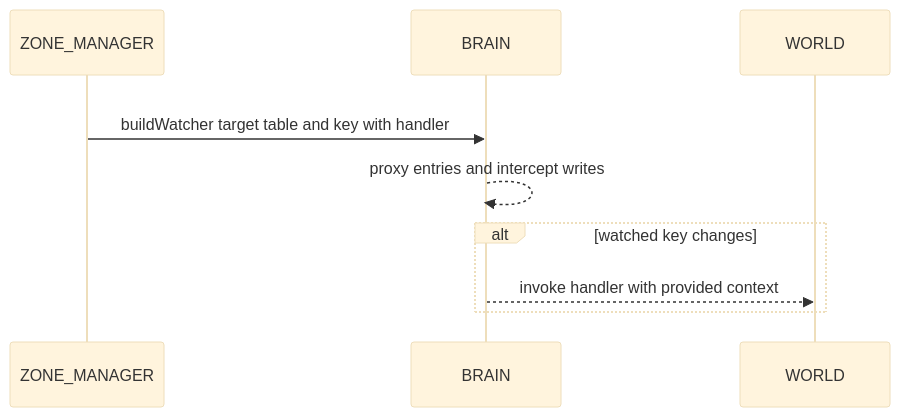
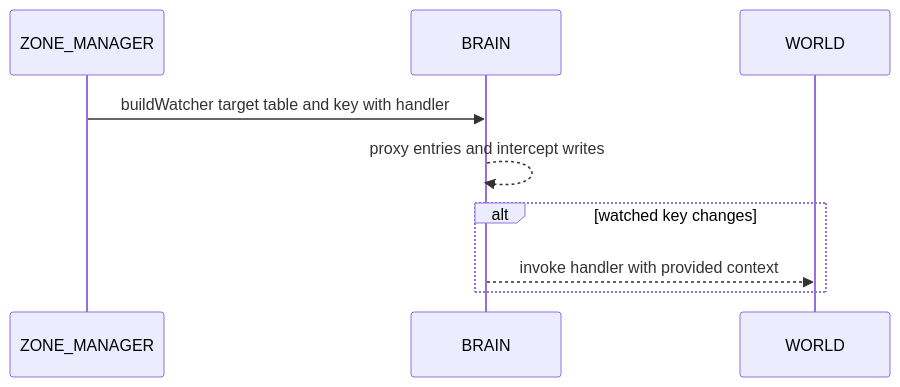
One commit to Gh0st352/AETHR changed the second of 2 diagrams in docs/brain/watchers.md. Above: the diagram before and after it, drawn with Mermaid. The commit also changed other lines of this file and 5 other files, not shown here.

First line of the commit message:
docs(mermaid): standardize diagram labels and headers

````diff
--- a/docs/brain/watchers.md
+++ b/docs/brain/watchers.md
@@ -38,15 +37,13 @@
 ```mermaid
-%%{init: {"theme":"base"}}%%
+%% shared theme: docs/_mermaid/theme.json %%
 sequenceDiagram
-  %% Background rect improves readability on dark docs
-  rect rgba(255,255,255,0.75)
-    participant ZM as ZONE_MANAGER
-    participant BR as BRAIN
-    participant WL as WORLD
-    ZM->>BR: buildWatcher target table and key with handler
-    BR-->>BR: proxy entries and intercept writes
-    alt watched key changes
-      BR-->>WL: invoke handler with provided context
-    end
+  %% Background overlay removed (use theme seqBackdrop) to avoid inline colors
+  participant ZM as ZONE_MANAGER
+  participant BR as BRAIN
+  participant WL as WORLD
+  ZM->>BR: buildWatcher target table and key with handler
+  BR-->>BR: proxy entries and intercept writes
+  alt watched key changes
+    BR-->>WL: invoke handler with provided context
   end
 ```
````
